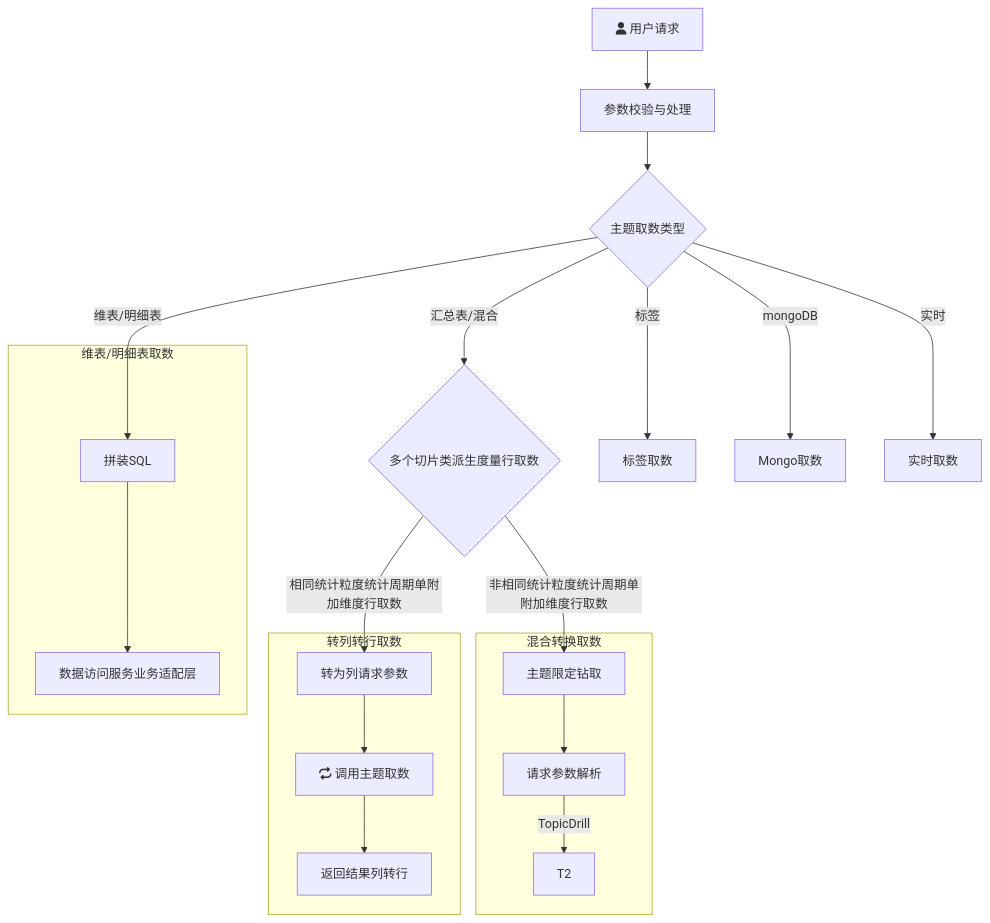
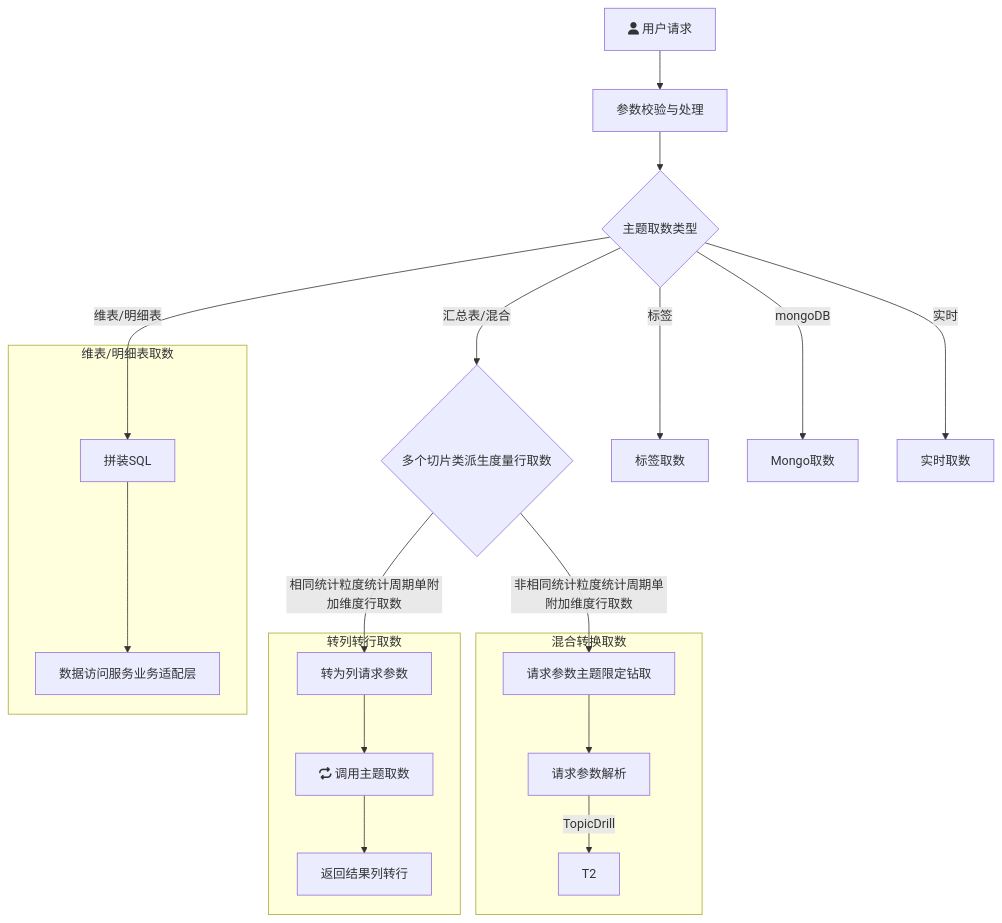
Before and after one commit to yanglosm/iodraw-files: the diagram in all/未命名.md, drawn with Mermaid.

Commit message:
2024-11-29 18:40:44 update

````diff
--- a/all/未命名.md
+++ b/all/未命名.md
@@ -1,20 +1,20 @@
 ```mermaid
 flowchart TD
     A[fa:fa-user 用户请求] -->A1[参数校验与处理] --> B{主题取数类型}
     B -->|维表/明细表| D[拼装SQL]
     B -->|汇总表/混合| E{多个切片类派生度量行取数}
     B -->|标签| F[标签取数]
     B -->|mongoDB| G[Mongo取数]
     B -->|实时| H[实时取数]
     E -->|相同统计粒度统计周期单附加维度行取数| E1[转为列请求参数]
-    E -->|非相同统计粒度统计周期单附加维度行取数| T[主题限定钻取]
+    E -->|非相同统计粒度统计周期单附加维度行取数| T[请求参数主题限定钻取]
     subgraph 维表/明细表取数
     D-->D1[数据访问服务业务适配层]
     end
     subgraph 转列转行取数
     E1-->E11[fa:fa-repeat 调用主题取数]-->E12[返回结果列转行]
     end
     subgraph 混合转换取数
     T-->T1[请求参数解析]-->|TopicDrill| T2
     end
 ```
````
